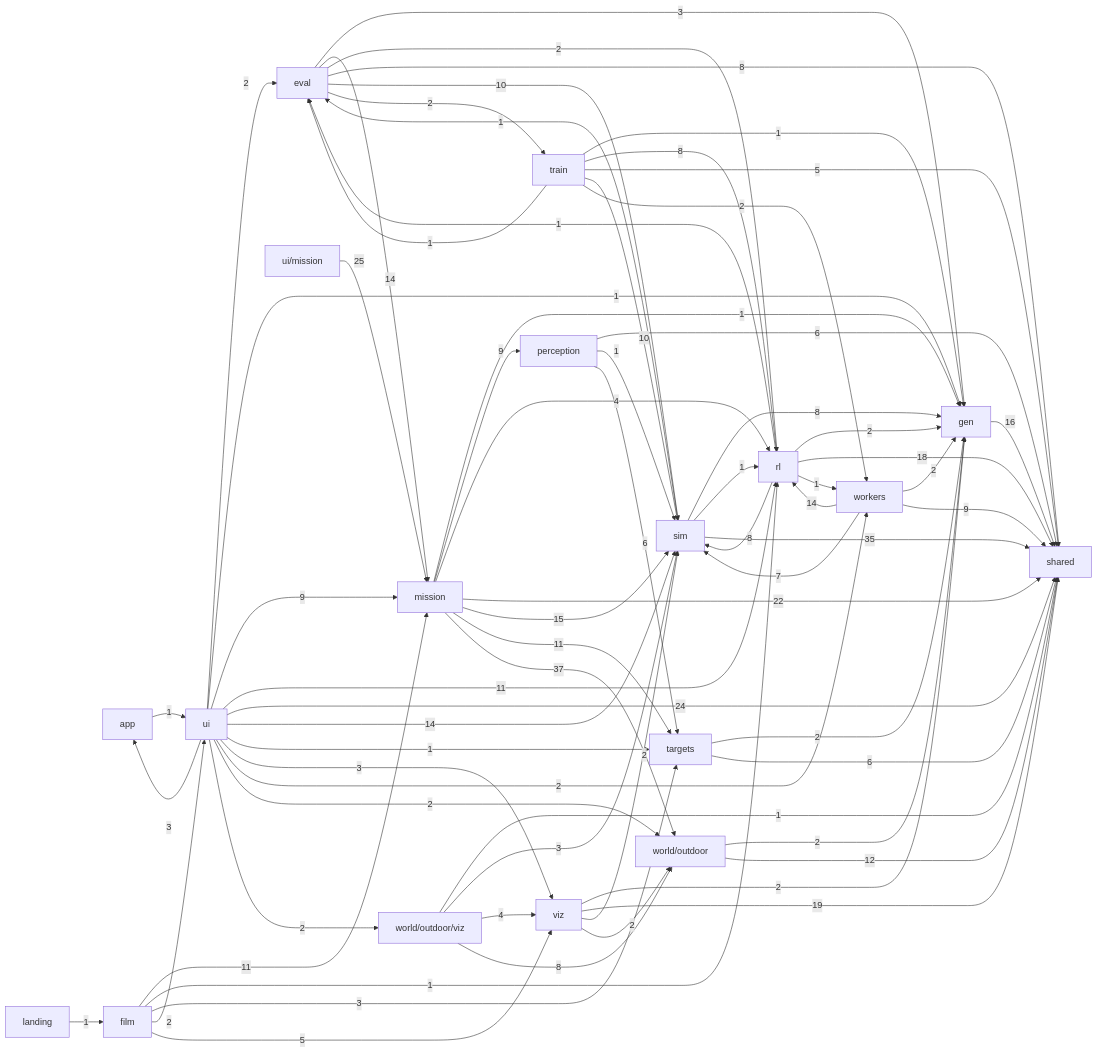
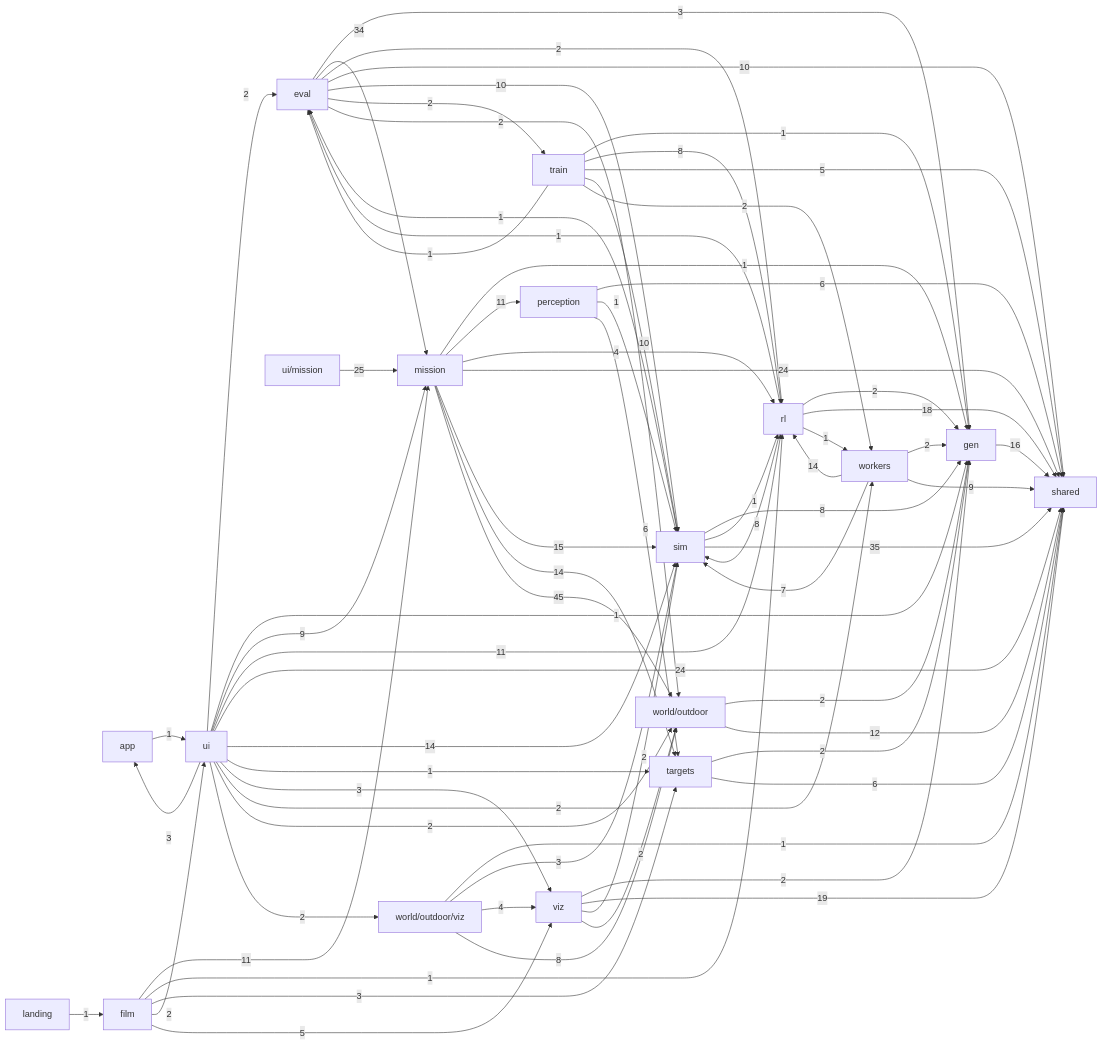
The second of 2 diagrams in docs/ARCHITECTURE.md (alexnieves-cs/frontier-fly), drawn with Mermaid before and after one commit. The commit also changed other lines of this file and 29 other files, not shown here.

```diff
--- a/docs/ARCHITECTURE.md
+++ b/docs/ARCHITECTURE.md
@@ -94,11 +94,12 @@
   world_outdoor_viz["world/outdoor/viz"]
   app -->|1| ui
   eval -->|3| gen
-  eval -->|14| mission
+  eval -->|34| mission
   eval -->|2| rl
-  eval -->|8| shared
+  eval -->|10| shared
   eval -->|10| sim
   eval -->|2| train
+  eval -->|2| world_outdoor
   film -->|11| mission
   film -->|1| rl
   film -->|3| targets
@@ -107,12 +108,12 @@
   gen -->|16| shared
   landing -->|1| film
   mission -->|1| gen
-  mission -->|9| perception
+  mission -->|11| perception
   mission -->|4| rl
-  mission -->|22| shared
+  mission -->|24| shared
   mission -->|15| sim
-  mission -->|11| targets
-  mission -->|37| world_outdoor
+  mission -->|14| targets
+  mission -->|45| world_outdoor
   perception -->|6| shared
   perception -->|1| sim
   perception -->|6| targets
```
